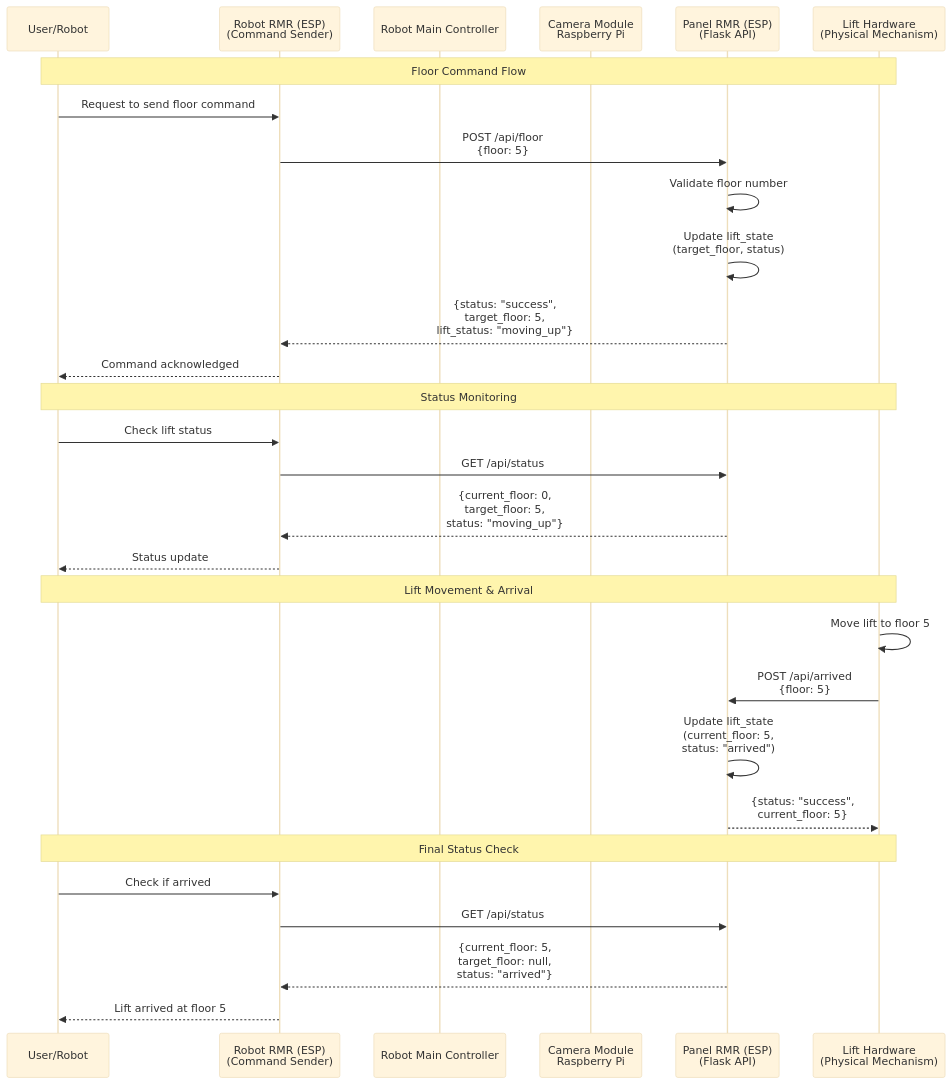
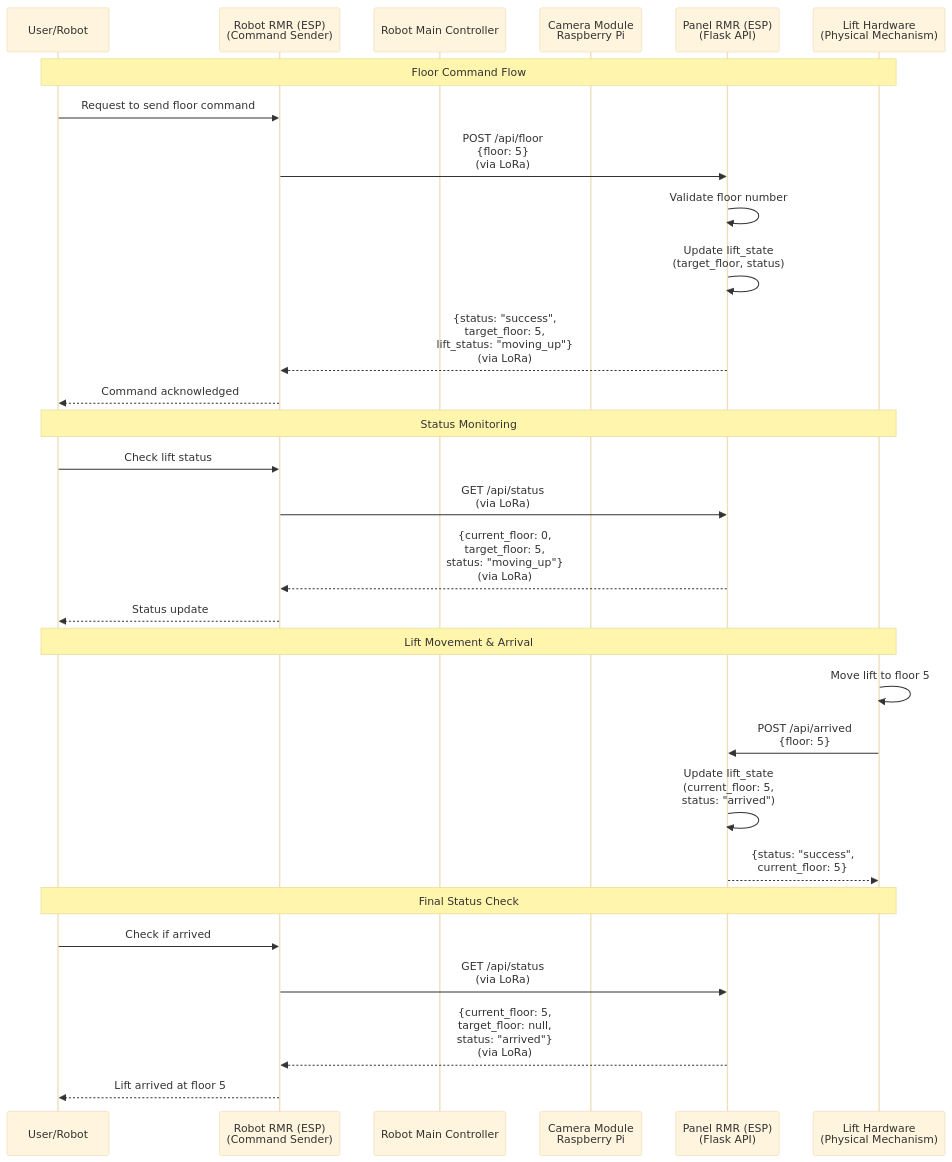
The first of 4 diagrams in sequence_diagram.md (in-is-ah/rmr), drawn with Mermaid (base theme) before and after one commit. The commit also changed other lines of this file, not shown here.

Commit message:
Add 'via LoRa' to API calls in sequence diagram
Updated sequence diagram to include 'via LoRa' for API requests and responses.

````diff
--- a/sequence_diagram.md
+++ b/sequence_diagram.md
@@ -5,35 +5,35 @@
 ```mermaid
 sequenceDiagram
     participant User/Robot
     participant ClientPi as Robot RMR (ESP)<br/>(Command Sender)
     participant RobotMainController as Robot Main Controller
     participant CameraModule as Camera Module<br/>Raspberry Pi
     participant LiftService as Panel RMR (ESP)<br/>(Flask API)
     participant LiftHardware as Lift Hardware<br/>(Physical Mechanism)
 
     Note over User/Robot,LiftHardware: Floor Command Flow
     User/Robot->>ClientPi: Request to send floor command
-    ClientPi->>LiftService: POST /api/floor<br/>{floor: 5}
+    ClientPi->>LiftService: POST /api/floor<br/>{floor: 5}<br/>(via LoRa)
     LiftService->>LiftService: Validate floor number
     LiftService->>LiftService: Update lift_state<br/>(target_floor, status)
-    LiftService-->>ClientPi: {status: "success",<br/>target_floor: 5,<br/>lift_status: "moving_up"}
+    LiftService-->>ClientPi: {status: "success",<br/>target_floor: 5,<br/>lift_status: "moving_up"}<br/>(via LoRa)
     ClientPi-->>User/Robot: Command acknowledged
     
     Note over User/Robot,LiftHardware: Status Monitoring
     User/Robot->>ClientPi: Check lift status
-    ClientPi->>LiftService: GET /api/status
-    LiftService-->>ClientPi: {current_floor: 0,<br/>target_floor: 5,<br/>status: "moving_up"}
+    ClientPi->>LiftService: GET /api/status<br/>(via LoRa)
+    LiftService-->>ClientPi: {current_floor: 0,<br/>target_floor: 5,<br/>status: "moving_up"}<br/>(via LoRa)
     ClientPi-->>User/Robot: Status update
     
     Note over User/Robot,LiftHardware: Lift Movement & Arrival
     LiftHardware->>LiftHardware: Move lift to floor 5
     LiftHardware->>LiftService: POST /api/arrived<br/>{floor: 5}
     LiftService->>LiftService: Update lift_state<br/>(current_floor: 5,<br/>status: "arrived")
     LiftService-->>LiftHardware: {status: "success",<br/>current_floor: 5}
     
     Note over User/Robot,LiftHardware: Final Status Check
     User/Robot->>ClientPi: Check if arrived
-    ClientPi->>LiftService: GET /api/status
-    LiftService-->>ClientPi: {current_floor: 5,<br/>target_floor: null,<br/>status: "arrived"}
+    ClientPi->>LiftService: GET /api/status<br/>(via LoRa)
+    LiftService-->>ClientPi: {current_floor: 5,<br/>target_floor: null,<br/>status: "arrived"}<br/>(via LoRa)
     ClientPi-->>User/Robot: Lift arrived at floor 5
 ```
````
